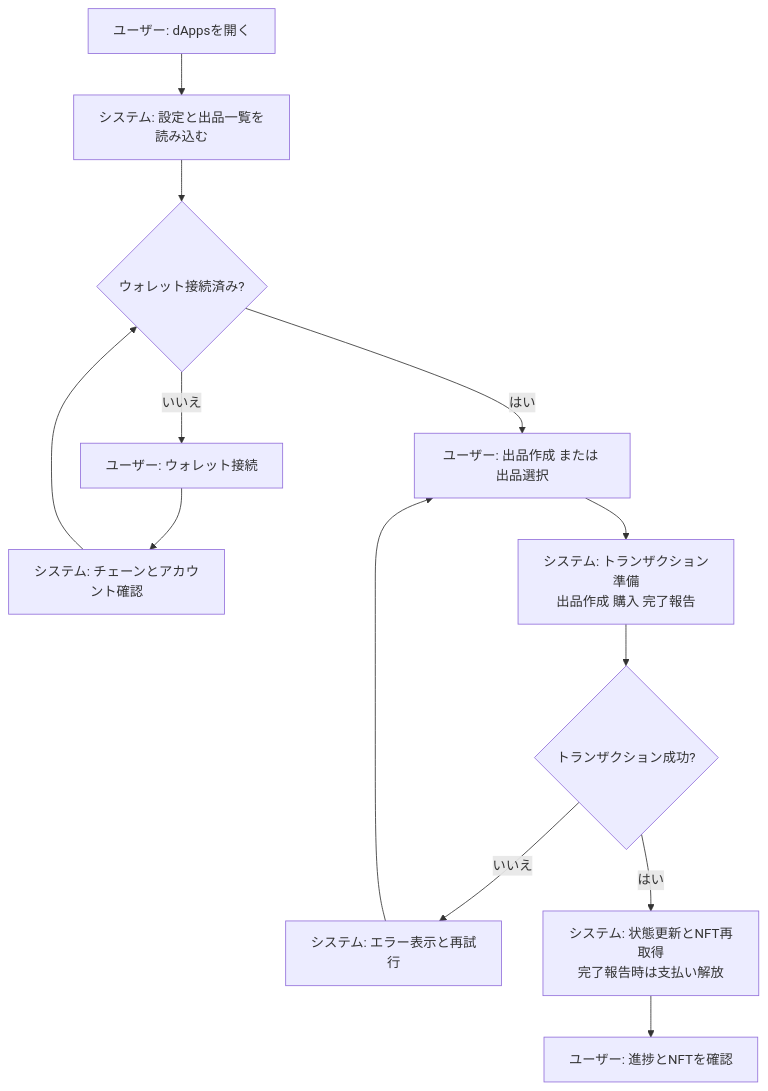
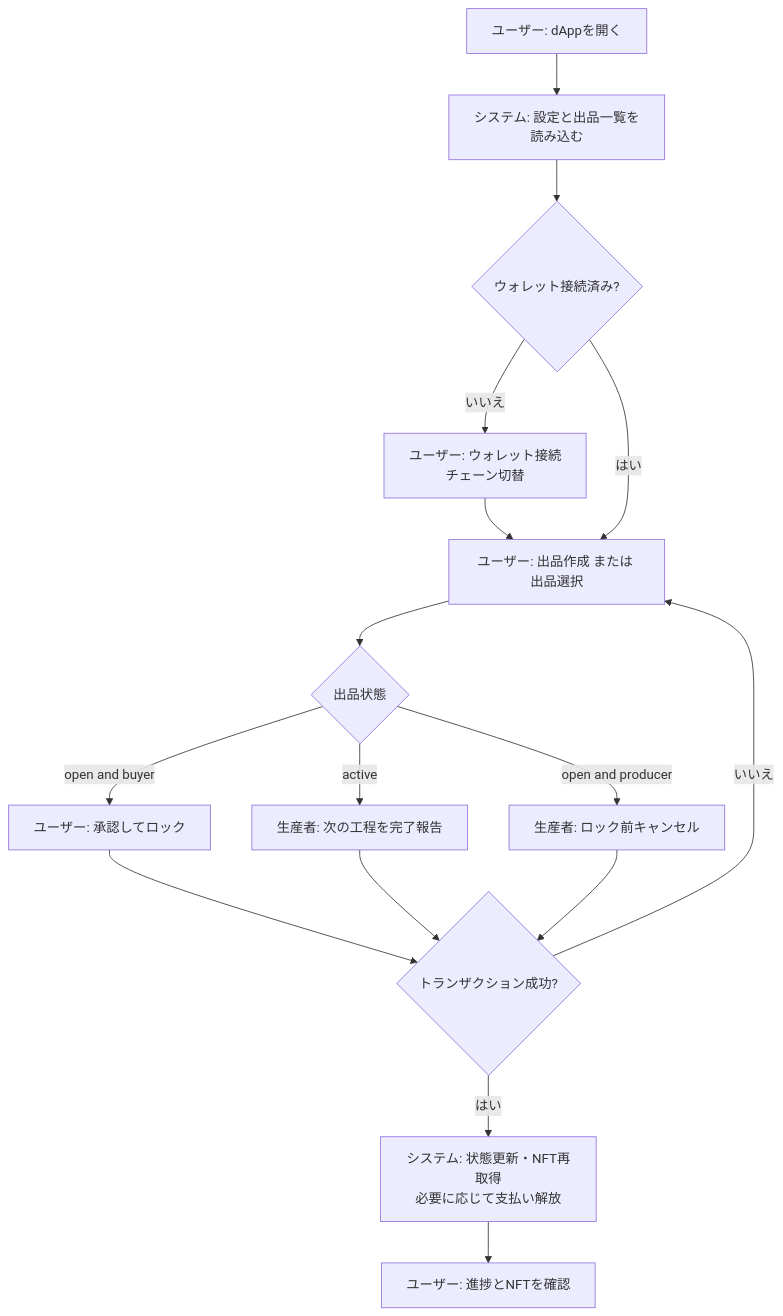
Before and after one commit to usagi917/B2B_payment: the first of 2 diagrams in README.md, drawn with Mermaid. The commit also changed other lines of this file and 1 other file, not shown here.

````diff
--- a/README.md
+++ b/README.md
@@ -74,15 +74,18 @@
 ```mermaid
 graph TD
-  A[ユーザー: dAppsを開く] --> B[システム: 設定と出品一覧を読み込む]
+  A[ユーザー: dAppを開く] --> B[システム: 設定と出品一覧を読み込む]
   B --> C{ウォレット接続済み?}
-  C -->|いいえ| D[ユーザー: ウォレット接続]
-  D --> E[システム: チェーンとアカウント確認]
-  E --> C
-  C -->|はい| F[ユーザー: 出品作成 または 出品選択]
-  F --> G[システム: トランザクション準備<br/>出品作成 購入 完了報告]
-  G --> H{トランザクション成功?}
-  H -->|いいえ| I[システム: エラー表示と再試行]
-  I --> F
-  H -->|はい| J[システム: 状態更新とNFT再取得<br/>完了報告時は支払い解放]
-  J --> K[ユーザー: 進捗とNFTを確認]
+  C -->|いいえ| D[ユーザー: ウォレット接続<br/>チェーン切替]
+  D --> E[ユーザー: 出品作成 または 出品選択]
+  C -->|はい| E
+  E --> F{出品状態}
+  F -->|open and buyer| G[ユーザー: 承認してロック]
+  F -->|active| H[生産者: 次の工程を完了報告]
+  F -->|open and producer| I[生産者: ロック前キャンセル]
+  G --> J{トランザクション成功?}
+  H --> J
+  I --> J
+  J -->|いいえ| E
+  J -->|はい| K[システム: 状態更新・NFT再取得<br/>必要に応じて支払い解放]
+  K --> L[ユーザー: 進捗とNFTを確認]
 ```
````
